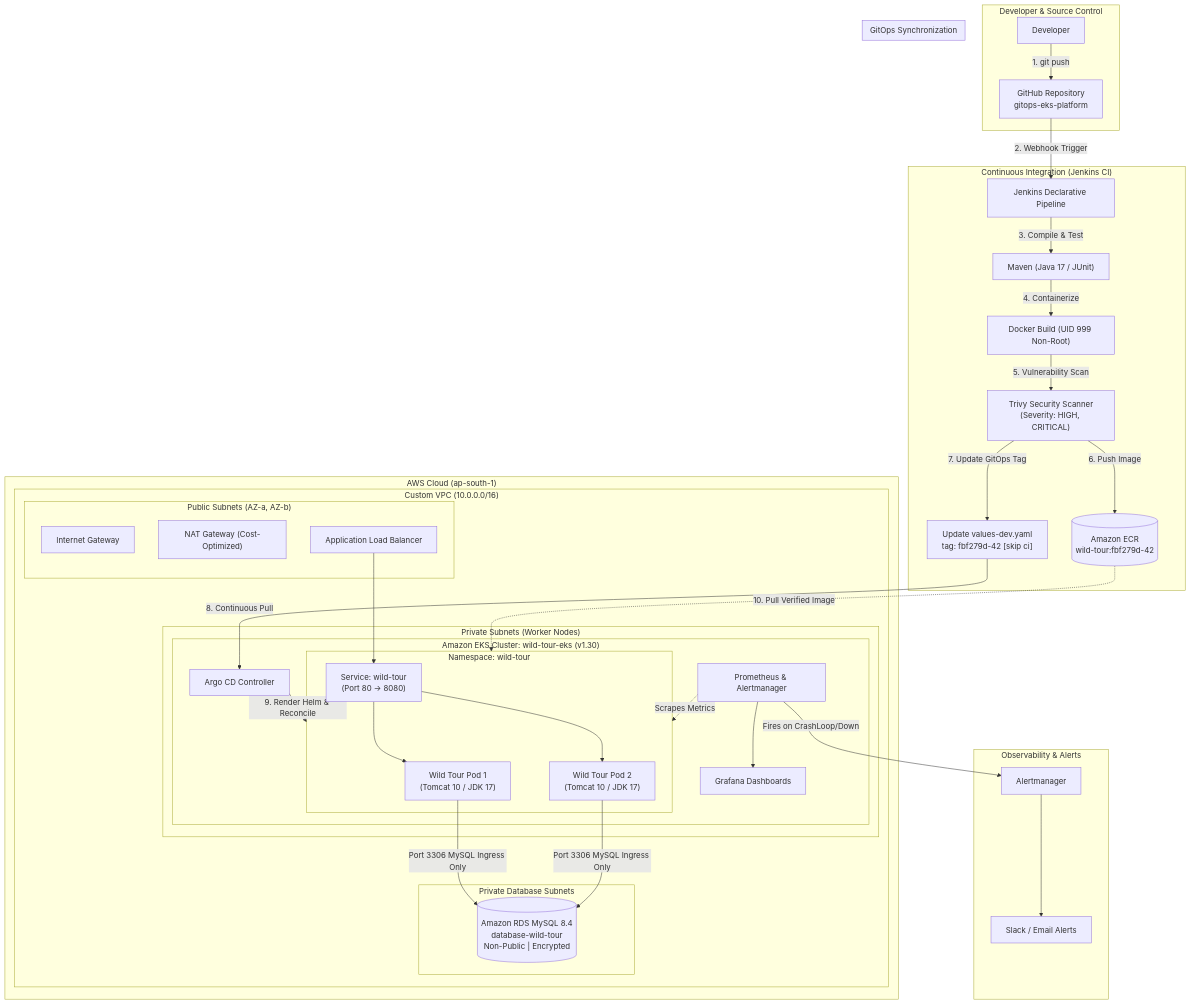
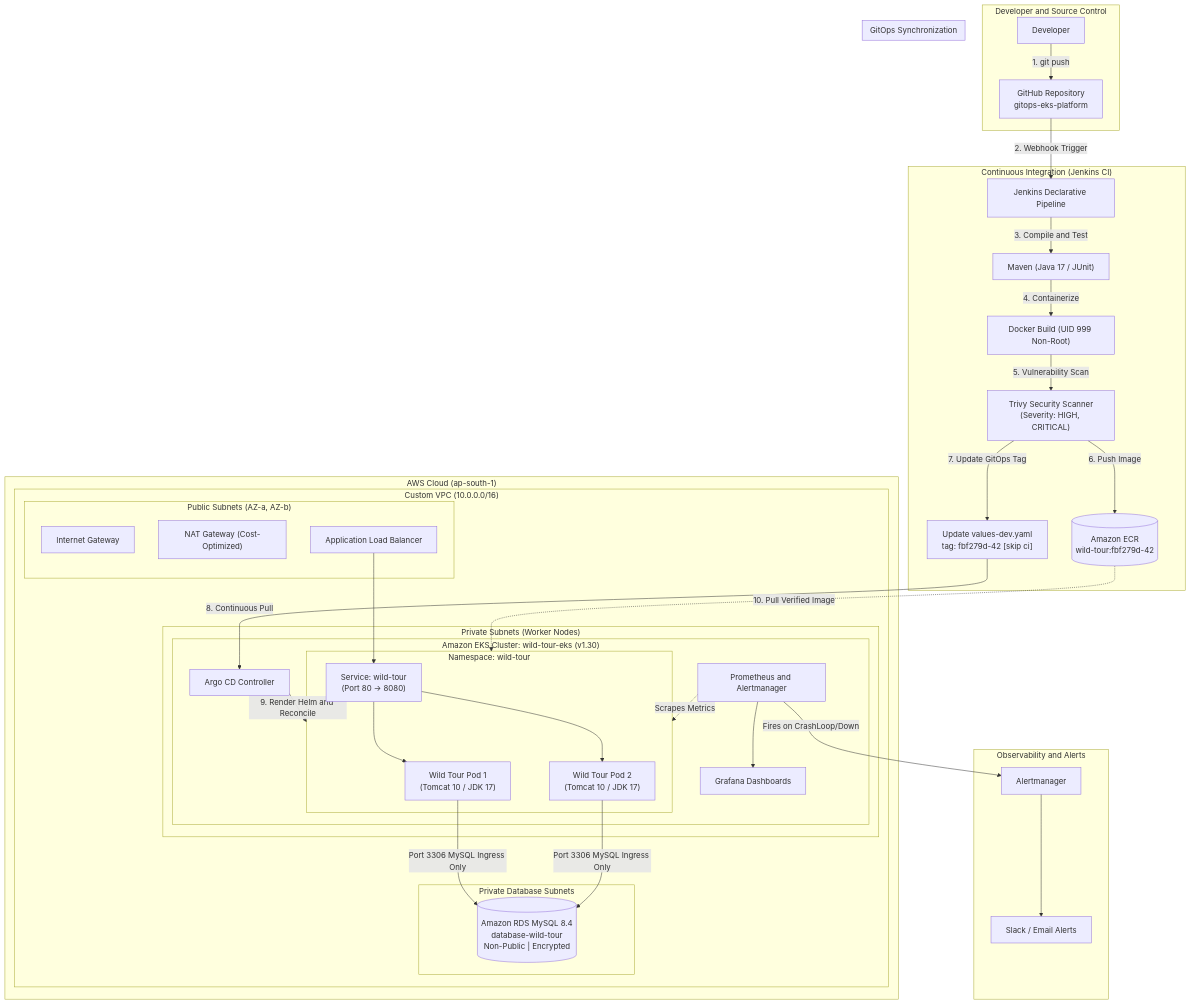
The diagram in README.md (2004Pruthvi/gitops-eks-platform), drawn with Mermaid before and after one commit. The commit also changed other lines of this file and 5 other files, not shown here.

````diff
--- a/README.md
+++ b/README.md
@@ -29,62 +29,62 @@
 ```mermaid
 flowchart TD
-    subgraph Developer_Workflow ["Developer & Source Control"]
+    subgraph Developer_Workflow ["Developer and Source Control"]
         Dev["Developer"] -->|1. git push| AppRepo["GitHub Repository\ngitops-eks-platform"]
     end
 
     subgraph CI_Pipeline ["Continuous Integration (Jenkins CI)"]
         AppRepo -->|2. Webhook Trigger| Jenkins["Jenkins Declarative Pipeline"]
-        Jenkins -->|3. Compile & Test| Maven["Maven (Java 17 / JUnit)"]
+        Jenkins -->|3. Compile and Test| Maven["Maven (Java 17 / JUnit)"]
         Maven -->|4. Containerize| DockerBuild["Docker Build (UID 999 Non-Root)"]
         DockerBuild -->|5. Vulnerability Scan| Trivy["Trivy Security Scanner\n(Severity: HIGH, CRITICAL)"]
         Trivy -->|6. Push Image| ECR[("Amazon ECR\nwild-tour:fbf279d-42")]
         Trivy -->|7. Update GitOps Tag| GitOpsState["Update values-dev.yaml\ntag: fbf279d-42 [skip ci]"]
     end
 
     subgraph AWS_Cloud ["AWS Cloud (ap-south-1)"]
         subgraph VPC ["Custom VPC (10.0.0.0/16)"]
             subgraph Public_Subnets ["Public Subnets (AZ-a, AZ-b)"]
                 IGW["Internet Gateway"]
                 NAT["NAT Gateway (Cost-Optimized)"]
                 ALB["Application Load Balancer"]
             end
 
             subgraph Private_Compute ["Private Subnets (Worker Nodes)"]
                 subgraph EKS_Cluster ["Amazon EKS Cluster: wild-tour-eks (v1.30)"]
                     ArgoCD["Argo CD Controller"]
-                    Prometheus["Prometheus & Alertmanager"]
+                    Prometheus["Prometheus and Alertmanager"]
                     Grafana["Grafana Dashboards"]
                     
                     subgraph App_Namespace ["Namespace: wild-tour"]
                         Pod1["Wild Tour Pod 1\n(Tomcat 10 / JDK 17)"]
                         Pod2["Wild Tour Pod 2\n(Tomcat 10 / JDK 17)"]
                         Svc["Service: wild-tour\n(Port 80 -> 8080)"]
                     end
                 end
             end
 
             subgraph Private_Data ["Private Database Subnets"]
                 RDS[("Amazon RDS MySQL 8.4\ndatabase-wild-tour\nNon-Public | Encrypted")]
             end
         end
     end
 
     subgraph GitOps_Flow ["GitOps Synchronization"]
         GitOpsState -->|8. Continuous Pull| ArgoCD
-        ArgoCD -->|9. Render Helm & Reconcile| App_Namespace
+        ArgoCD -->|9. Render Helm and Reconcile| App_Namespace
         ECR -.->|10. Pull Verified Image| App_Namespace
     end
 
-    subgraph Monitoring_Flow ["Observability & Alerts"]
+    subgraph Monitoring_Flow ["Observability and Alerts"]
         Prometheus -.->|Scrapes Metrics| App_Namespace
         Prometheus --> Grafana
         Prometheus -->|Fires on CrashLoop/Down| Alertmanager["Alertmanager"]
         Alertmanager --> Alerts["Slack / Email Alerts"]
     end
 
     ALB --> Svc
     Svc --> Pod1
     Svc --> Pod2
     Pod1 -->|Port 3306 MySQL Ingress Only| RDS
     Pod2 -->|Port 3306 MySQL Ingress Only| RDS
 ```
````
